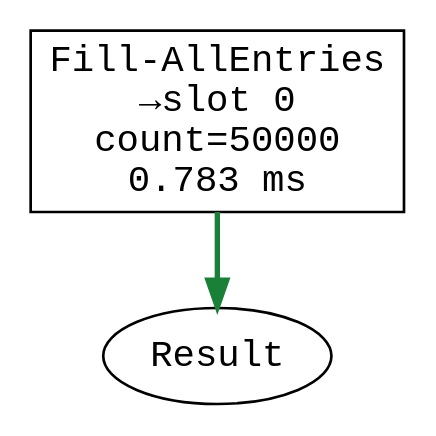
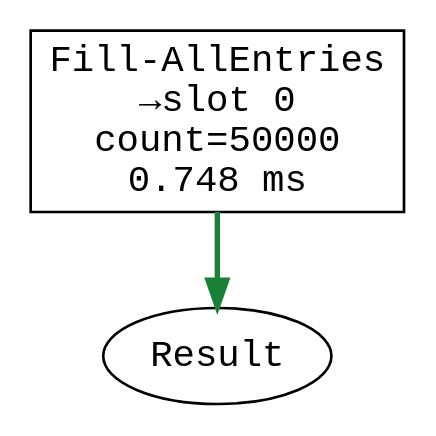
Diagram 14 of 44 in corax-query-catalog.md (ayende/ravendb), drawn with Graphviz before and after one commit. The commit also changed other lines of this file and 1 other file, not shown here.

First line of the commit message:
RavenDB-25281 Regenerate query catalog for producer-node rendering

````diff
--- a/corax-query-catalog.md
+++ b/corax-query-catalog.md
@@ -1229,9 +1229,9 @@
 ```dot
 digraph QueryPlan {
   rankdir=TB;
-  node [shape=box, fontname="monospace"];
-  op0 [label="Fill-AllEntries\n→slot 0\ncount=50000\n0.783 ms", data_destslot="0", data_count="50000", data_ms="0.783"];
-  result [shape=ellipse, label="Result"];
-  op0 -> result [style=bold, color="#1a7f37"];
+  node [shape="box", fontname="monospace"];
+  op0 [label="Fill-AllEntries\n→slot 0\ncount=50000\n0.748 ms", data_operation="Fill-AllEntries", data_destslot="0", data_count="50000", data_ms="0.748", data_taken="True"];
+  result [shape="ellipse", label="Result", data_operation="Result"];
+  op0 -> result [style="bold", color="#1a7f37", data_kind="result", data_variant="bitmap-final", data_flow="on"];
 }
 ```
````
